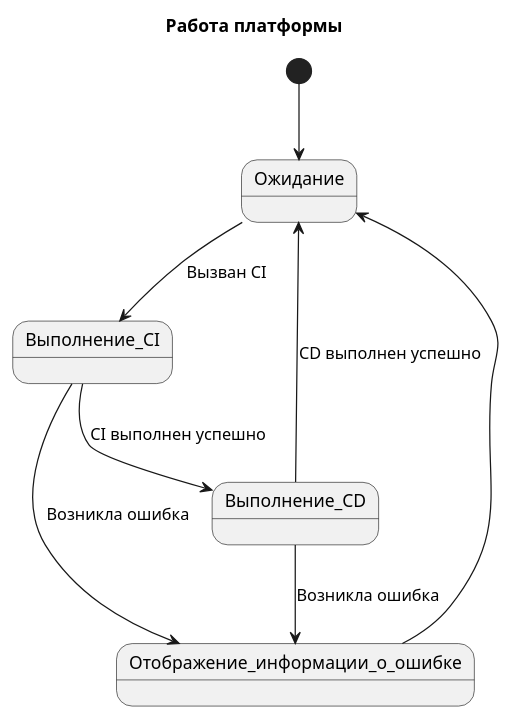
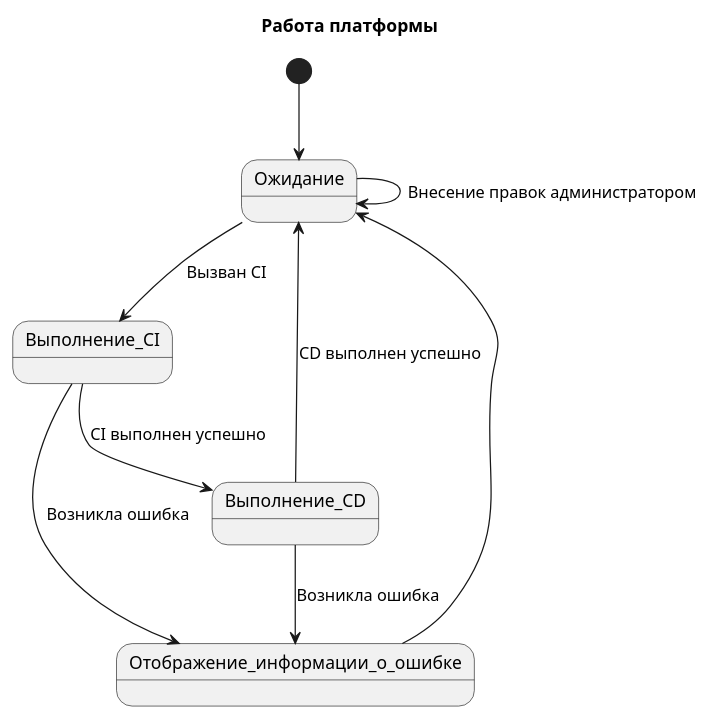
Before and after one commit to AntSib/prog-tools-uml: the diagram in Диаграммы/State диаграмма 1.wsd, drawn with PlantUML. The commit also changed 1 other file, not shown here.

Commit message:
Обновление State диаграмм

```diff
--- a/Диаграммы/State диаграмма 1.wsd
+++ b/Диаграммы/State диаграмма 1.wsd
@@ -1,16 +1,19 @@
 @startuml Работа платформы
 
 title Работа платформы
 
 [*] --> Ожидание
+
+Ожидание --> Ожидание: Внесение правок администратором
+
 Ожидание --> Выполнение_CI : Вызван CI
 
 Выполнение_CI --> Выполнение_CD : CI выполнен успешно
 Выполнение_CI --> Отображение_информации_о_ошибке : Возникла ошибка
 
 Выполнение_CD --> Ожидание : CD выполнен успешно
 Выполнение_CD --> Отображение_информации_о_ошибке : Возникла ошибка
 
 Отображение_информации_о_ошибке --> Ожидание
 
 @enduml
```
